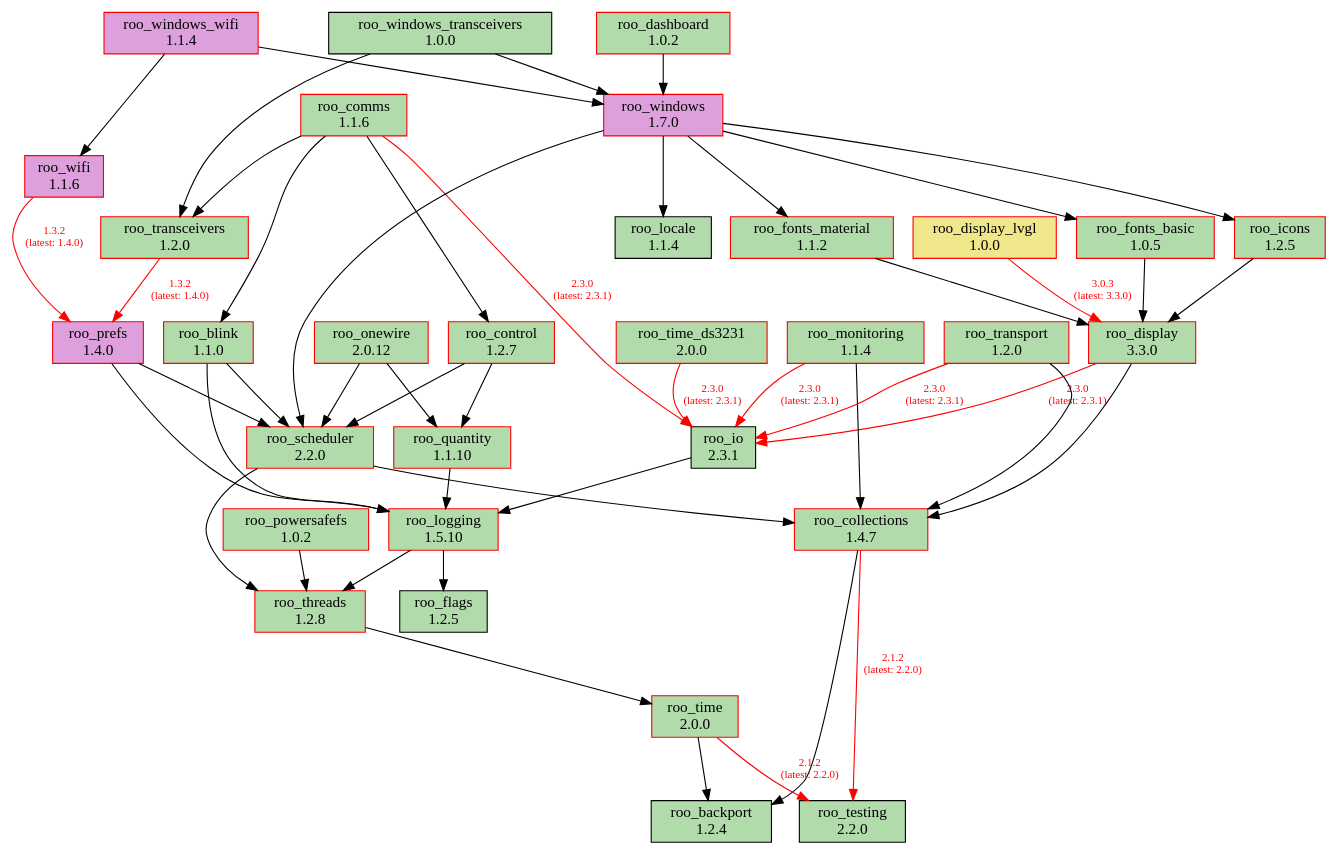
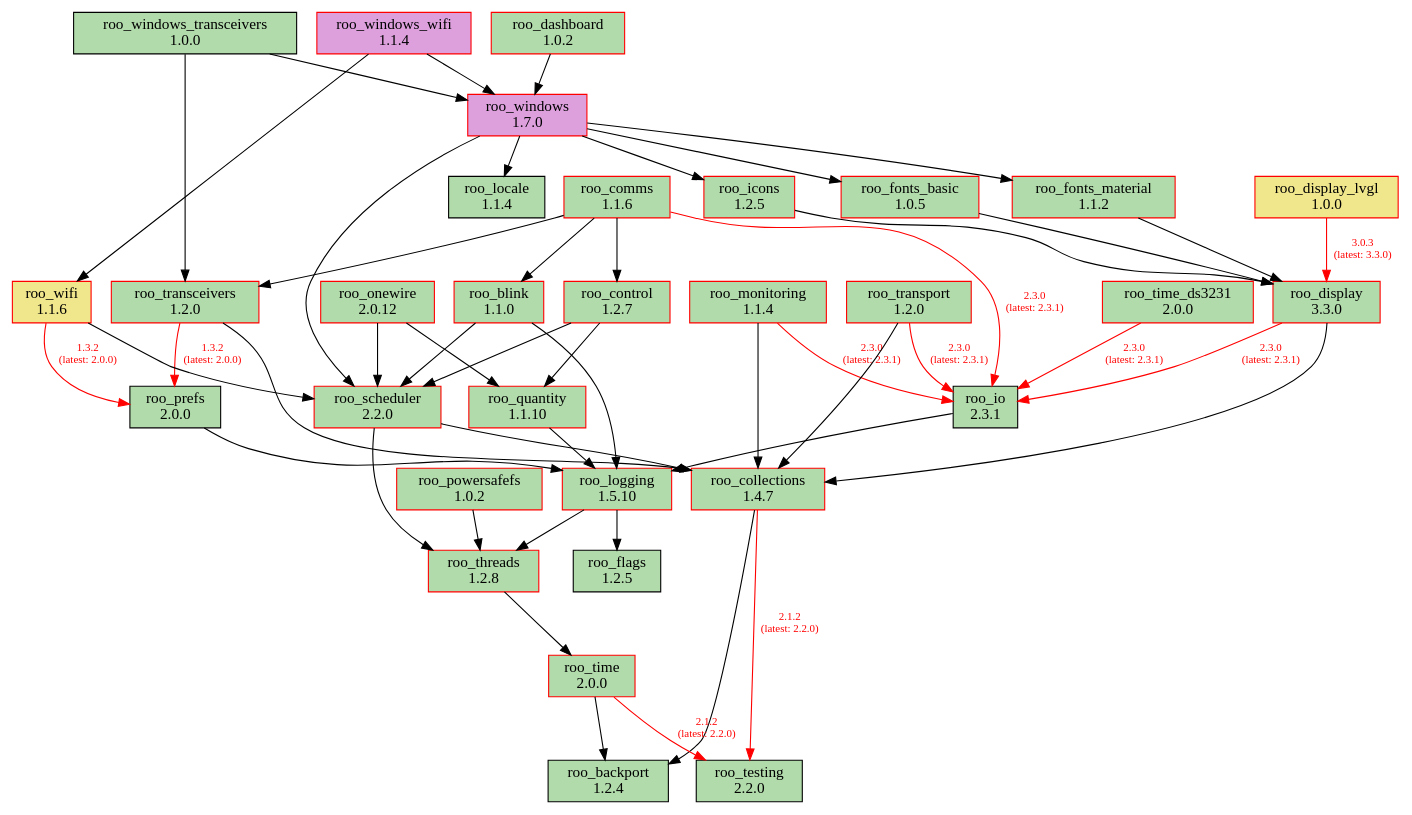
One commit to dejwk/roo-registry changed the diagram in doc/dependencies.dot. Above: the diagram before and after it, drawn with Graphviz. The commit also changed 3 other files, not shown here.

Commit message:
Added roo_prefs 2.0.0 to the registry.

```diff
--- a/doc/dependencies.dot
+++ b/doc/dependencies.dot
@@ -1,87 +1,88 @@
 digraph dependencies {
     rankdir=TB;
     node [shape=box, style=filled];
     edge [fontsize=10];
 
     // Modules
     "roo_backport" [label="roo_backport\n1.2.4", fillcolor="#b1dbab", color="black"];
     "roo_blink" [label="roo_blink\n1.1.0", fillcolor="#b1dbab", color="red"];
     "roo_collections" [label="roo_collections\n1.4.7", fillcolor="#b1dbab", color="red"];
     "roo_comms" [label="roo_comms\n1.1.6", fillcolor="#b1dbab", color="red"];
     "roo_control" [label="roo_control\n1.2.7", fillcolor="#b1dbab", color="red"];
     "roo_dashboard" [label="roo_dashboard\n1.0.2", fillcolor="#b1dbab", color="red"];
     "roo_display" [label="roo_display\n3.3.0", fillcolor="#b1dbab", color="red"];
     "roo_display_lvgl" [label="roo_display_lvgl\n1.0.0", fillcolor="khaki", color="red"];
     "roo_flags" [label="roo_flags\n1.2.5", fillcolor="#b1dbab", color="black"];
     "roo_fonts_basic" [label="roo_fonts_basic\n1.0.5", fillcolor="#b1dbab", color="red"];
     "roo_fonts_material" [label="roo_fonts_material\n1.1.2", fillcolor="#b1dbab", color="red"];
     "roo_icons" [label="roo_icons\n1.2.5", fillcolor="#b1dbab", color="red"];
     "roo_io" [label="roo_io\n2.3.1", fillcolor="#b1dbab", color="black"];
     "roo_locale" [label="roo_locale\n1.1.4", fillcolor="#b1dbab", color="black"];
     "roo_logging" [label="roo_logging\n1.5.10", fillcolor="#b1dbab", color="red"];
     "roo_monitoring" [label="roo_monitoring\n1.1.4", fillcolor="#b1dbab", color="red"];
     "roo_onewire" [label="roo_onewire\n2.0.12", fillcolor="#b1dbab", color="red"];
     "roo_powersafefs" [label="roo_powersafefs\n1.0.2", fillcolor="#b1dbab", color="red"];
-    "roo_prefs" [label="roo_prefs\n1.4.0", fillcolor="plum", color="red"];
+    "roo_prefs" [label="roo_prefs\n2.0.0", fillcolor="#b1dbab", color="black"];
     "roo_quantity" [label="roo_quantity\n1.1.10", fillcolor="#b1dbab", color="red"];
     "roo_scheduler" [label="roo_scheduler\n2.2.0", fillcolor="#b1dbab", color="red"];
     "roo_testing" [label="roo_testing\n2.2.0", fillcolor="#b1dbab", color="black"];
     "roo_threads" [label="roo_threads\n1.2.8", fillcolor="#b1dbab", color="red"];
     "roo_time" [label="roo_time\n2.0.0", fillcolor="#b1dbab", color="red"];
     "roo_time_ds3231" [label="roo_time_ds3231\n2.0.0", fillcolor="#b1dbab", color="red"];
     "roo_transceivers" [label="roo_transceivers\n1.2.0", fillcolor="#b1dbab", color="red"];
     "roo_transport" [label="roo_transport\n1.2.0", fillcolor="#b1dbab", color="red"];
-    "roo_wifi" [label="roo_wifi\n1.1.6", fillcolor="plum", color="red"];
+    "roo_wifi" [label="roo_wifi\n1.1.6", fillcolor="khaki", color="red"];
     "roo_windows" [label="roo_windows\n1.7.0", fillcolor="plum", color="red"];
     "roo_windows_transceivers" [label="roo_windows_transceivers\n1.0.0", fillcolor="#b1dbab", color="black"];
     "roo_windows_wifi" [label="roo_windows_wifi\n1.1.4", fillcolor="plum", color="red"];
 
     // Dependencies
     "roo_blink" -> "roo_logging";
     "roo_blink" -> "roo_scheduler";
     "roo_collections" -> "roo_testing" [color=red, fontcolor=red, label="2.1.2\n(latest: 2.2.0)"];
     "roo_collections" -> "roo_backport";
     "roo_comms" -> "roo_blink";
     "roo_comms" -> "roo_control";
     "roo_comms" -> "roo_io" [color=red, fontcolor=red, label="2.3.0\n(latest: 2.3.1)"];
     "roo_comms" -> "roo_transceivers";
     "roo_control" -> "roo_quantity";
     "roo_control" -> "roo_scheduler";
     "roo_dashboard" -> "roo_windows";
     "roo_display" -> "roo_collections";
     "roo_display" -> "roo_io" [color=red, fontcolor=red, label="2.3.0\n(latest: 2.3.1)"];
     "roo_display_lvgl" -> "roo_display" [color=red, fontcolor=red, label="3.0.3\n(latest: 3.3.0)"];
     "roo_fonts_basic" -> "roo_display";
     "roo_fonts_material" -> "roo_display";
     "roo_icons" -> "roo_display";
     "roo_io" -> "roo_logging";
     "roo_logging" -> "roo_flags";
     "roo_logging" -> "roo_threads";
     "roo_monitoring" -> "roo_collections";
     "roo_monitoring" -> "roo_io" [color=red, fontcolor=red, label="2.3.0\n(latest: 2.3.1)"];
     "roo_onewire" -> "roo_scheduler";
     "roo_onewire" -> "roo_quantity";
     "roo_powersafefs" -> "roo_threads";
     "roo_prefs" -> "roo_logging";
-    "roo_prefs" -> "roo_scheduler";
     "roo_quantity" -> "roo_logging";
     "roo_scheduler" -> "roo_collections";
     "roo_scheduler" -> "roo_threads";
     "roo_threads" -> "roo_time";
     "roo_time" -> "roo_testing" [color=red, fontcolor=red, label="2.1.2\n(latest: 2.2.0)"];
     "roo_time" -> "roo_backport";
     "roo_time_ds3231" -> "roo_io" [color=red, fontcolor=red, label="2.3.0\n(latest: 2.3.1)"];
-    "roo_transceivers" -> "roo_prefs" [color=red, fontcolor=red, label="1.3.2\n(latest: 1.4.0)"];
+    "roo_transceivers" -> "roo_collections";
+    "roo_transceivers" -> "roo_prefs" [color=red, fontcolor=red, label="1.3.2\n(latest: 2.0.0)"];
     "roo_transport" -> "roo_collections";
     "roo_transport" -> "roo_io" [color=red, fontcolor=red, label="2.3.0\n(latest: 2.3.1)"];
-    "roo_wifi" -> "roo_prefs" [color=red, fontcolor=red, label="1.3.2\n(latest: 1.4.0)"];
+    "roo_wifi" -> "roo_prefs" [color=red, fontcolor=red, label="1.3.2\n(latest: 2.0.0)"];
+    "roo_wifi" -> "roo_scheduler";
     "roo_windows" -> "roo_fonts_basic";
     "roo_windows" -> "roo_fonts_material";
     "roo_windows" -> "roo_locale";
     "roo_windows" -> "roo_icons";
     "roo_windows" -> "roo_scheduler";
     "roo_windows_transceivers" -> "roo_transceivers";
     "roo_windows_transceivers" -> "roo_windows";
     "roo_windows_wifi" -> "roo_wifi";
     "roo_windows_wifi" -> "roo_windows";
 }
```
